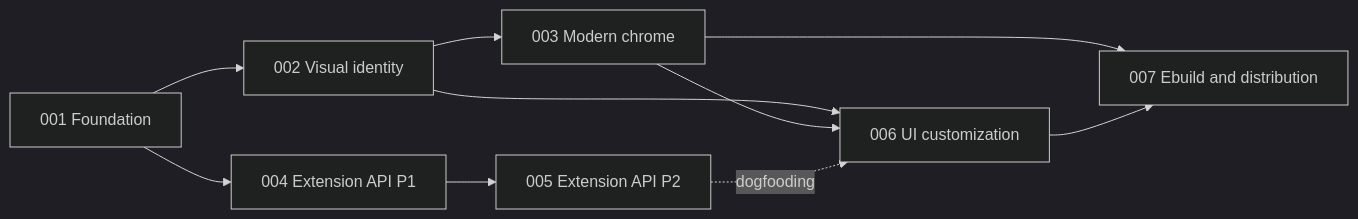
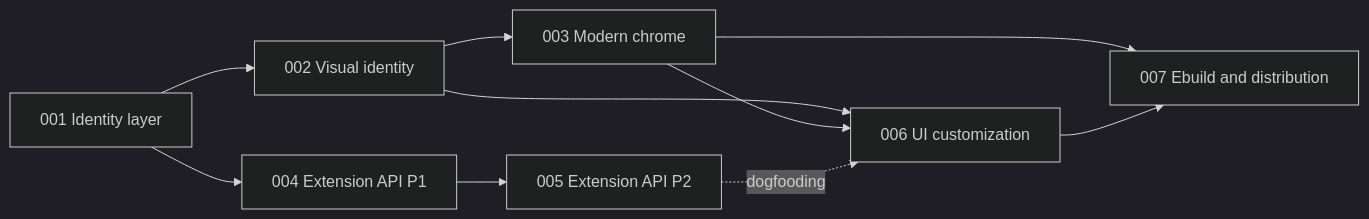
The diagram in docs/ROADMAP.md (lucascouts/zeo), drawn with Mermaid (dark theme) before and after one commit. The commit also changed other lines of this file and 50 other files, not shown here.

````diff
--- a/docs/ROADMAP.md
+++ b/docs/ROADMAP.md
@@ -45,12 +49,12 @@
 ```mermaid
 graph LR
-    S001[001 Foundation] --> S002[002 Visual identity]
+    S001[001 Identity layer] --> S002[002 Visual identity]
     S002 --> S003[003 Modern chrome]
     S001 --> S004[004 Extension API P1]
     S004 --> S005[005 Extension API P2]
     S002 --> S006[006 UI customization]
     S003 --> S006
     S003 --> S007[007 Ebuild and distribution]
     S005 -.dogfooding.-> S006
     S006 --> S007
 ```
````
